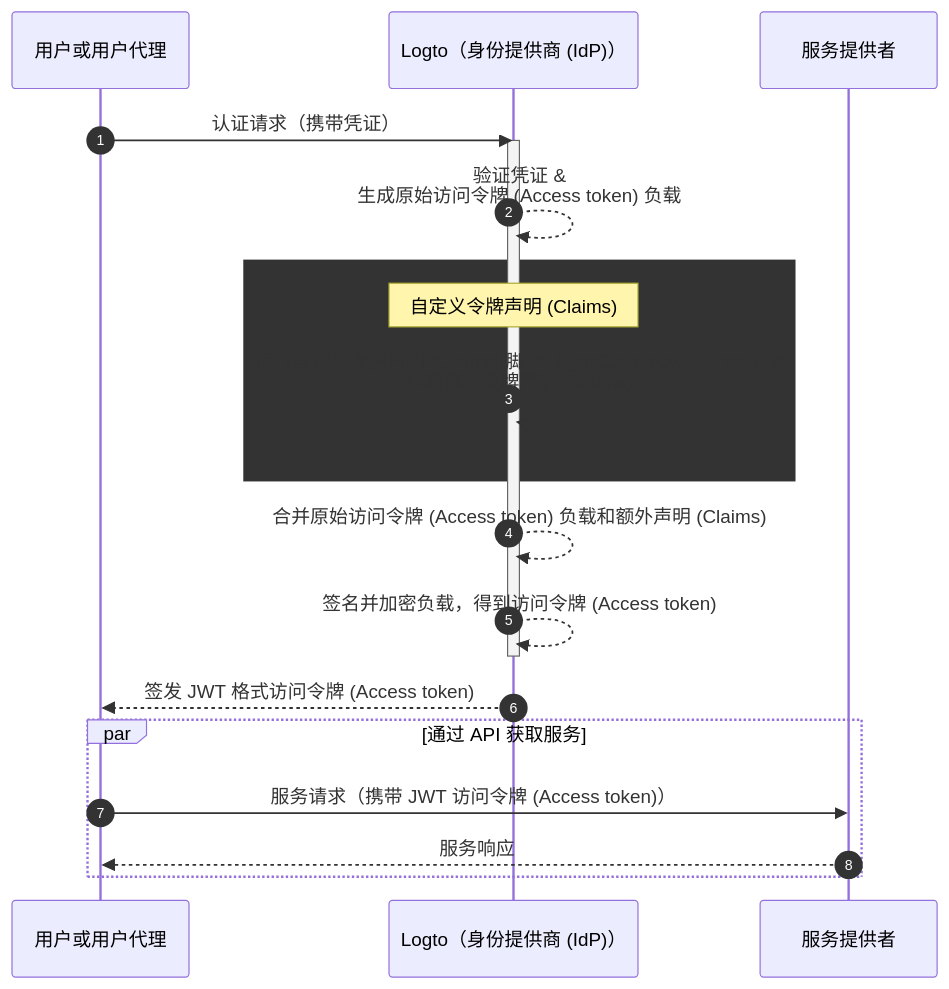
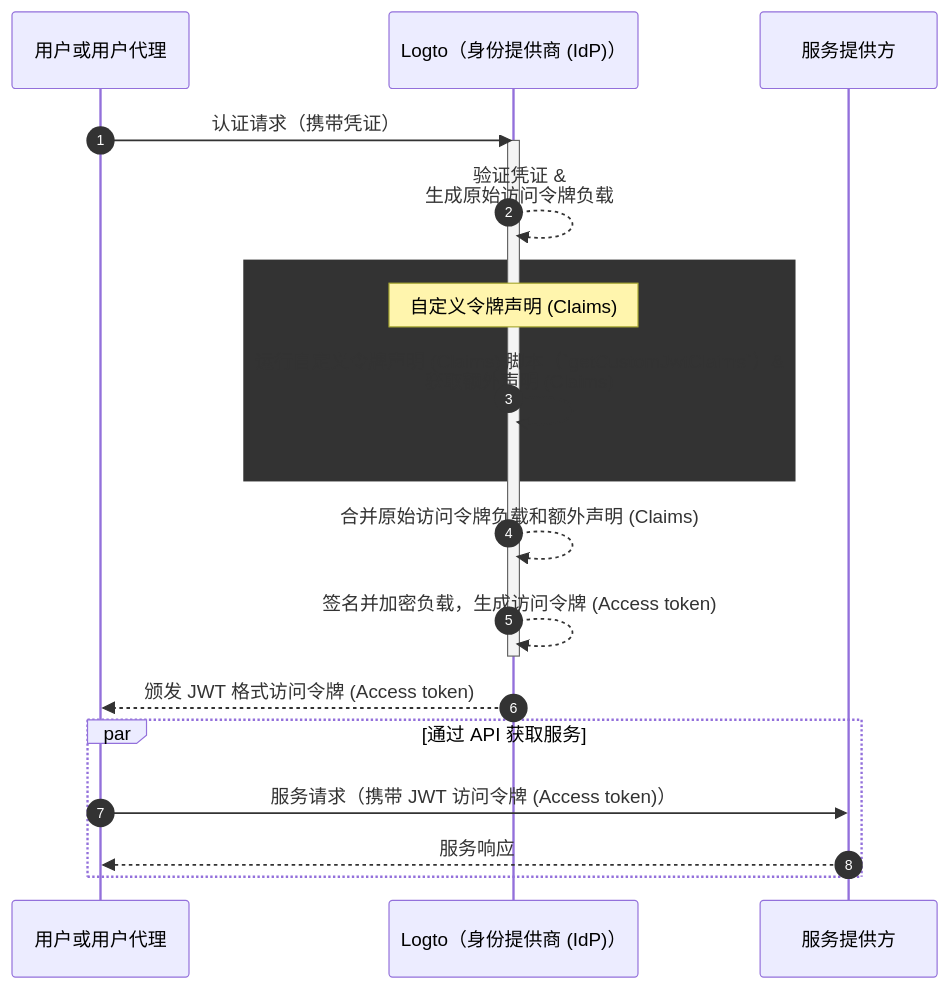
One commit to logto-io/docs changed the diagram in i18n/zh-CN/docusaurus-plugin-content-docs/current/developers/custom-token-claims/README.mdx. Above: the diagram before and after it, drawn with Mermaid. The commit also changed other lines of this file and 8 other files, not shown here.

````diff
--- a/i18n/zh-CN/docusaurus-plugin-content-docs/current/developers/custom-token-claims/README.mdx
+++ b/i18n/zh-CN/docusaurus-plugin-content-docs/current/developers/custom-token-claims/README.mdx
@@ -26,23 +26,23 @@
 ```mermaid
 sequenceDiagram
   participant U as 用户或用户代理
   participant IdP as Logto（身份提供商 (IdP)）
-  participant SP as 服务提供者
+  participant SP as 服务提供方
 
   autonumber
   U ->> IdP: 认证请求（携带凭证）
   activate IdP
-  IdP-->>IdP: 验证凭证 &<br/>生成原始访问令牌 (Access token) 负载
+  IdP-->>IdP: 验证凭证 &<br/>生成原始访问令牌负载
   rect var(--mermaid-rect-fill)
   note over IdP: 自定义令牌声明 (Claims)
-  IdP->>IdP: 运行自定义令牌声明 (Claims) 脚本（`getCustomJwtClaims`）&<br/>获取额外令牌声明 (Claims)
+  IdP->>IdP: 运行自定义令牌声明 (Claims) 脚本（`getCustomJwtClaims`）&<br/>获取额外声明 (Claims)
   end
-  IdP-->>IdP: 合并原始访问令牌 (Access token) 负载和额外声明 (Claims)
-  IdP-->>IdP: 签名并加密负载，得到访问令牌 (Access token)
+  IdP-->>IdP: 合并原始访问令牌负载和额外声明 (Claims)
+  IdP-->>IdP: 签名并加密负载，生成访问令牌 (Access token)
   deactivate IdP
-  IdP-->>U: 签发 JWT 格式访问令牌 (Access token)
+  IdP-->>U: 颁发 JWT 格式访问令牌 (Access token)
   par 通过 API 获取服务
   U->>SP: 服务请求（携带 JWT 访问令牌 (Access token)）
   SP-->>U: 服务响应
   end
 ```
````
